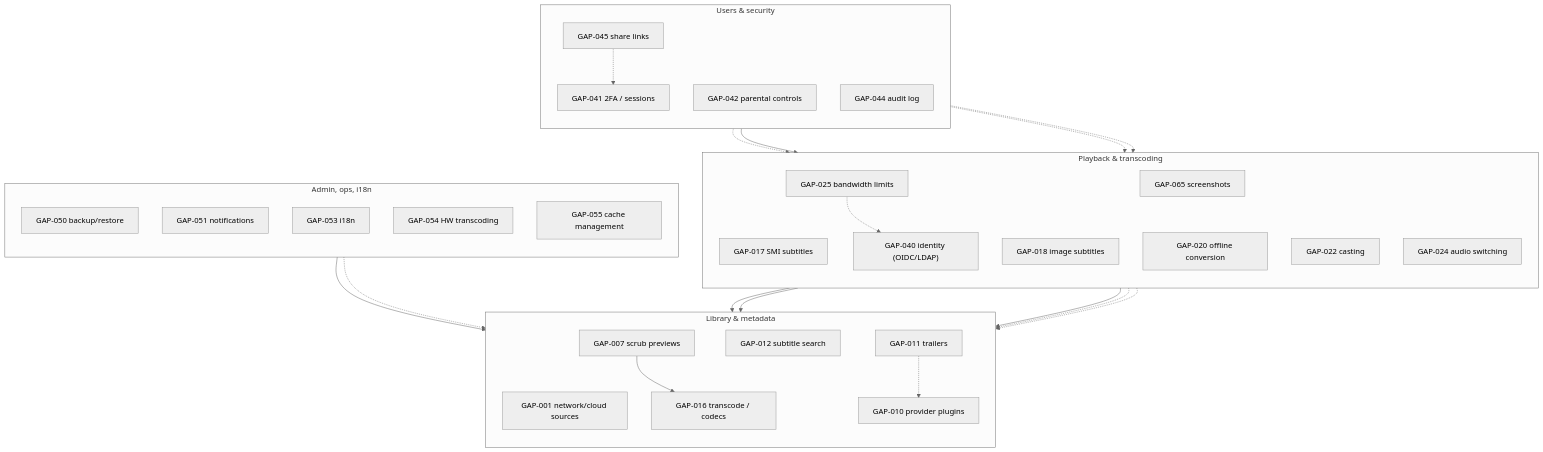
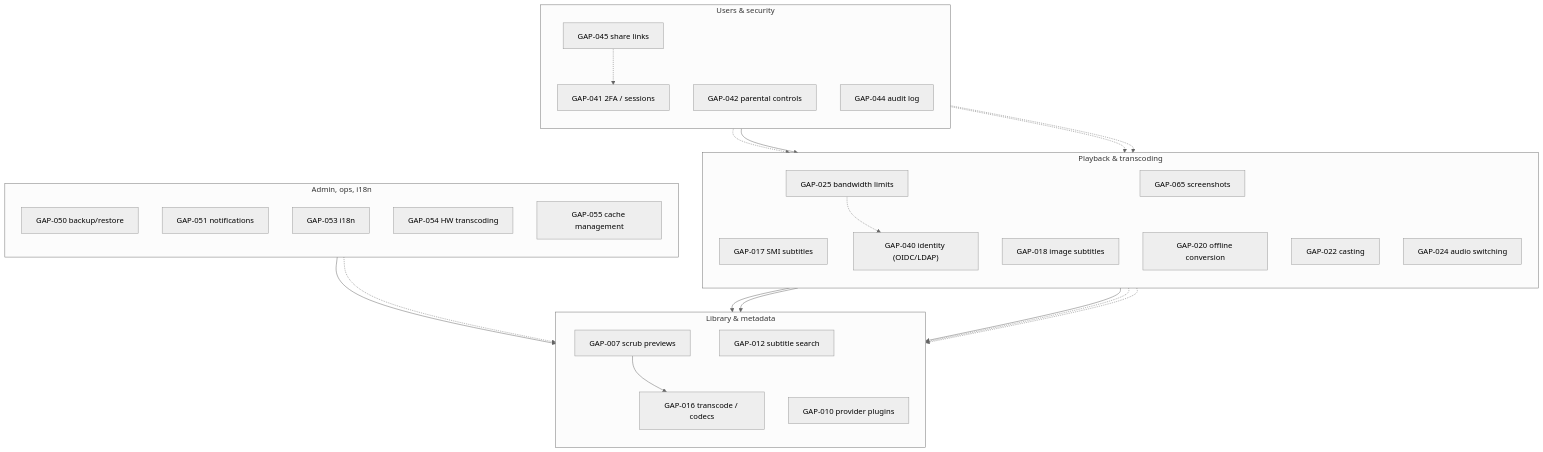
Before and after one commit to liyu1981/my-videostation: the diagram in docs/GAPS.md, drawn with Mermaid (neutral theme). The commit also changed other lines of this file and 6 other files, not shown here.

````diff
--- a/docs/GAPS.md
+++ b/docs/GAPS.md
@@ -88,66 +88,63 @@
 ```mermaid
 flowchart TB
   subgraph Library["Library & metadata"]
     direction TB
-    G1["GAP-001 network/cloud sources"]
     G7["GAP-007 scrub previews"]
     G10["GAP-010 provider plugins"]
-    G11["GAP-011 trailers"]
     G12["GAP-012 subtitle search"]
 
     G7 --> G16
-    G11 -.-> G10
   end
 
   subgraph Playback["Playback & transcoding"]
     direction TB
     G16["GAP-016 transcode / codecs"]
     G17["GAP-017 SMI subtitles"]
     G18["GAP-018 image subtitles"]
     G20["GAP-020 offline conversion"]
     G22["GAP-022 casting"]
     G24["GAP-024 audio switching"]
     G25["GAP-025 bandwidth limits"]
     G65["GAP-065 screenshots"]
 
     G18 --> G16
     G20 --> G16
     G24 --> G16
     G22 -.-> G16
     G65 -.-> G16
     G25 -.-> G40
   end
 
   subgraph Users["Users & security"]
     direction TB
     G40["GAP-040 identity (OIDC/LDAP)"]
     G41["GAP-041 2FA / sessions"]
     G42["GAP-042 parental controls"]
     G44["GAP-044 audit log"]
     G45["GAP-045 share links"]
 
     G41 -.-> G40
     G42 --> G40
     G44 -.-> G40
     G45 -.-> G41
     G45 -.-> G25
   end
 
   subgraph Ops["Admin, ops, i18n"]
     direction TB
     G50["GAP-050 backup/restore"]
     G51["GAP-051 notifications"]
     G53["GAP-053 i18n"]
     G54["GAP-054 HW transcoding"]
     G55["GAP-055 cache management"]
 
     G54 --> G16
     G55 -.-> G16
   end
 
   %% layout-only links keep the clusters stacked
   G12 ~~~ G16
   G65 ~~~ G40
   G45 ~~~ G50
   G55 ~~~ G16
 ```
````
